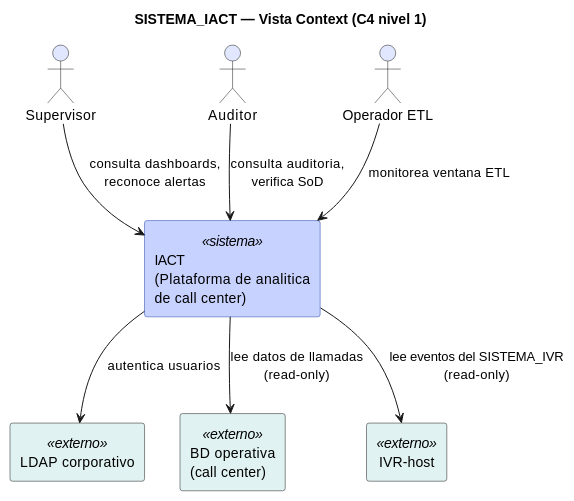
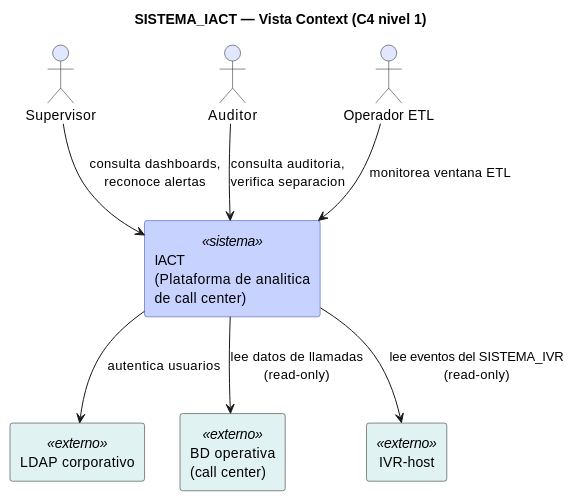
One commit to jcg-admin/IACT-docs changed the diagram in source/requisitos/_metodologia-aplicacion/diagramas-componentes/vista-context-de-iact.rst. Above: the diagram before and after it, drawn with PlantUML. The commit also changed 15 other files, not shown here.

```diff
--- a/source/requisitos/_metodologia-aplicacion/diagramas-componentes/vista-context-de-iact.rst
+++ b/source/requisitos/_metodologia-aplicacion/diagramas-componentes/vista-context-de-iact.rst
@@ -9,28 +9,28 @@
 .. uml::
 
    @startuml
    title SISTEMA_IACT — Vista Context (C4 nivel 1)
 
    skinparam actorBackgroundColor #E0E7FF
    skinparam rectangleBackgroundColor<<sistema>> #C7D2FE
    skinparam rectangleBorderColor<<sistema>> #1E40AF
    skinparam rectangleBackgroundColor<<externo>> #E0F2F1
 
    actor Supervisor as Supervisor
    actor Auditor as Aud
    actor "Operador ETL" as OPERADOR_ETL
 
    rectangle "IACT\n(Plataforma de analitica\nde call center)" as SISTEMA_IACT <<sistema>>
 
    rectangle "LDAP corporativo" as LDAP_CORPORATIVO <<externo>>
    rectangle "BD operativa\n(call center)" as BD_OPERATIVA <<externo>>
    rectangle "IVR-host" as SISTEMA_IVR <<externo>>
 
    Supervisor --> SISTEMA_IACT : consulta dashboards,\nreconoce alertas
-   Aud --> SISTEMA_IACT : consulta auditoria,\nverifica SoD
+   Aud --> SISTEMA_IACT : consulta auditoria,\nverifica separacion
    OPERADOR_ETL --> SISTEMA_IACT : monitorea ventana ETL
 
    SISTEMA_IACT --> LDAP_CORPORATIVO : autentica usuarios
    SISTEMA_IACT --> BD_OPERATIVA : lee datos de llamadas\n(read-only)
    SISTEMA_IACT --> SISTEMA_IVR : lee eventos del SISTEMA_IVR\n(read-only)
    @enduml
```
